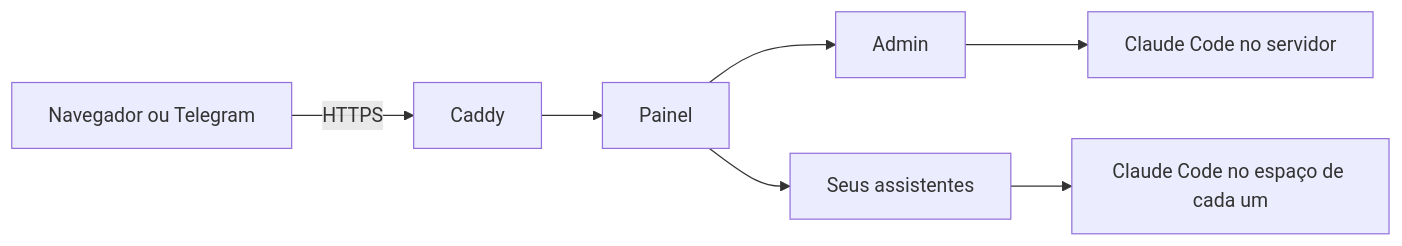
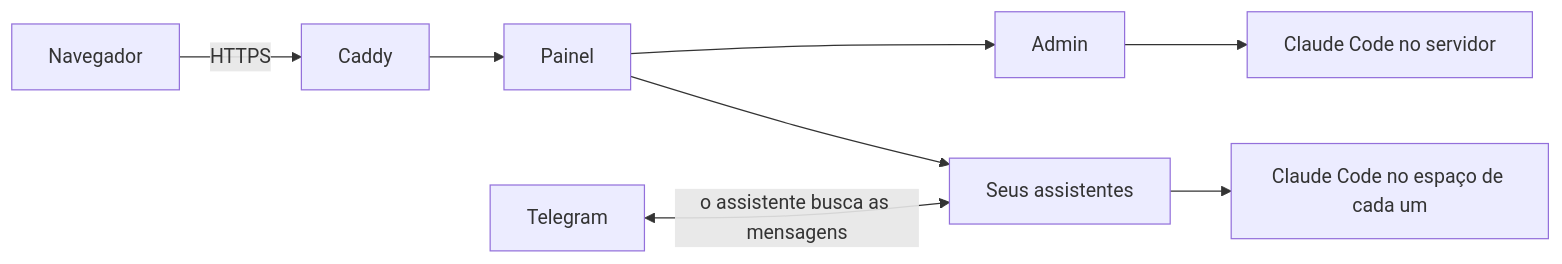
The diagram in README.md (diegohoraadm-cpu/prumo-da-locadora), drawn with Mermaid before and after one commit. The commit also changed other lines of this file, not shown here.

First line of the commit message:
README: correções do Esquadro (botão Conectar minha conta, Iniciar no bot, git, aviso real do instalador, diagrama do Telegram)

````diff
--- a/README.md
+++ b/README.md
@@ -129,9 +132,10 @@
 ```mermaid
 flowchart LR
-  N[Navegador ou Telegram] -->|HTTPS| C[Caddy]
+  N[Navegador] -->|HTTPS| C[Caddy]
   C --> W[Painel]
   W --> RA[Admin]
   W --> RG[Seus assistentes]
   RA --> M1[Claude Code no servidor]
   RG --> M2[Claude Code no espaço de cada um]
+  T[Telegram] <-->|o assistente busca as mensagens| RG
 ```
````
